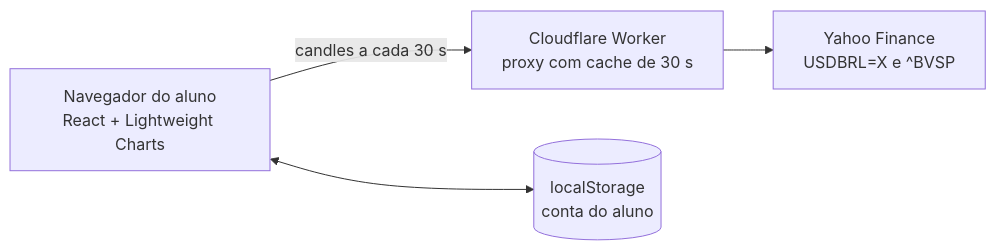
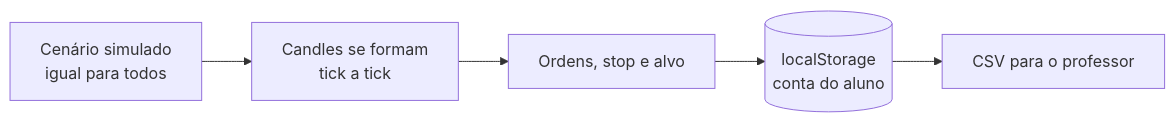
The diagram in README.md (JulioHartwig/paper-trading), drawn with Mermaid before and after one commit. The commit also changed other lines of this file and 6 other files, not shown here.

````diff
--- a/README.md
+++ b/README.md
@@ -62,6 +63,7 @@
 ```mermaid
 flowchart LR
-    A[Navegador do aluno<br/>React + Lightweight Charts] -->|candles a cada 30 s| B[Cloudflare Worker<br/>proxy com cache de 30 s]
-    B --> C[Yahoo Finance<br/>USDBRL=X e ^BVSP]
-    A <--> D[(localStorage<br/>conta do aluno)]
+    A[Cenário simulado<br/>igual para todos] --> B[Candles se formam<br/>tick a tick]
+    B --> C[Ordens, stop e alvo]
+    C --> D[(localStorage<br/>conta do aluno)]
+    D --> E[CSV para o professor]
 ```
````
